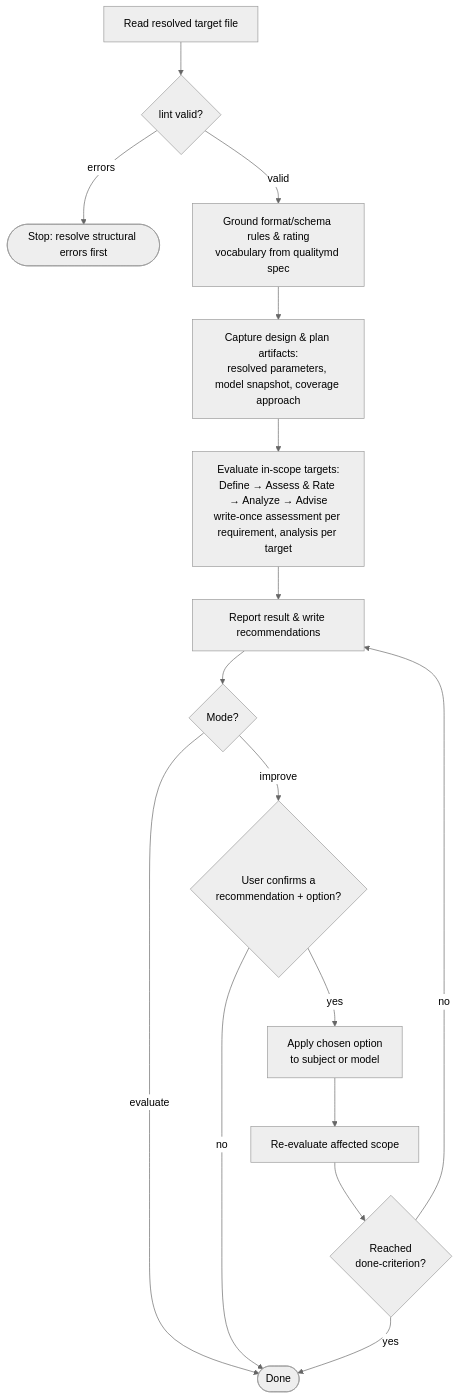
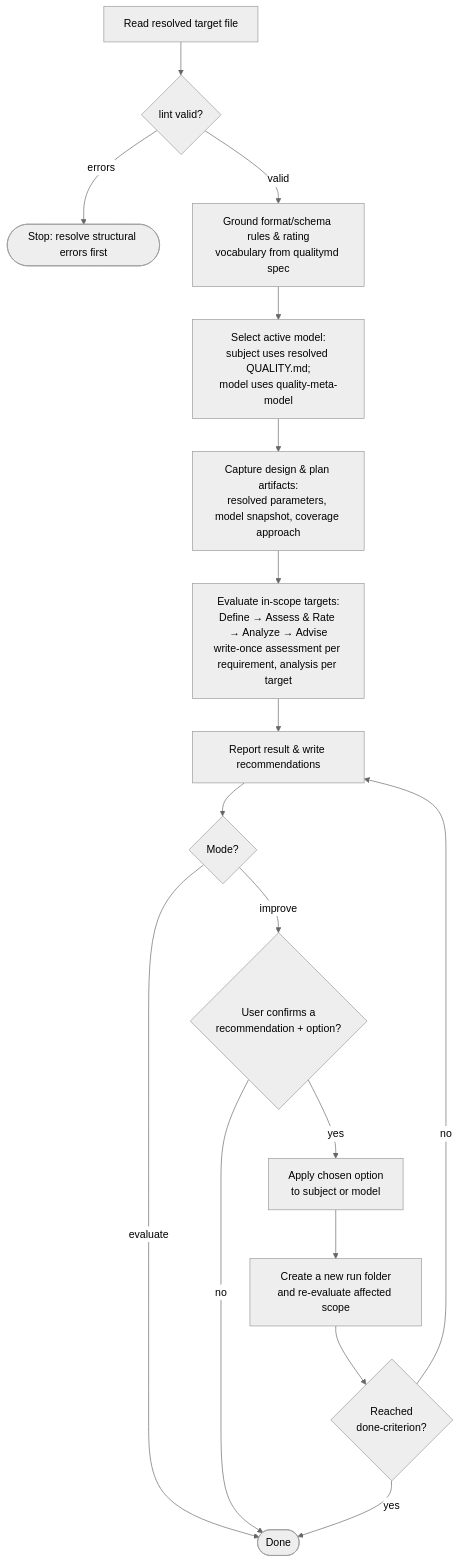
Before and after one commit to qualitymd/quality.md: the diagram in specs/skills/quality-skill/quality-skill.md, drawn with Mermaid (neutral theme). The commit also changed other lines of this file and 49 other files, not shown here.

````diff
--- a/specs/skills/quality-skill/quality-skill.md
+++ b/specs/skills/quality-skill/quality-skill.md
@@ -228,18 +263,19 @@
 ```mermaid
 flowchart TD
     Read[Read resolved target file] --> Lint{lint valid?}
     Lint -->|errors| Stop([Stop: resolve structural errors first])
     Lint -->|valid| Ground[Ground format/schema rules &amp; rating<br/>vocabulary from qualitymd spec]
-    Ground --> Plan[Capture design &amp; plan artifacts:<br/>resolved parameters, model snapshot, coverage approach]
+    Ground --> ActiveModel[Select active model:<br/>subject uses resolved QUALITY.md;<br/>model uses quality-meta-model]
+    ActiveModel --> Plan[Capture design &amp; plan artifacts:<br/>resolved parameters, model snapshot, coverage approach]
     Plan --> Eval[Evaluate in-scope targets:<br/>Define → Assess &amp; Rate → Analyze → Advise<br/>write-once assessment per requirement, analysis per target]
     Eval --> Report[Report result &amp; write recommendations]
     Report --> Mode{Mode?}
     Mode -->|evaluate| Done([Done])
     Mode -->|improve| Confirm{User confirms a<br/>recommendation + option?}
     Confirm -->|no| Done
     Confirm -->|yes| Apply[Apply chosen option<br/>to subject or model]
-    Apply --> ReEval[Re-evaluate affected scope]
+    Apply --> ReEval[Create a new run folder<br/>and re-evaluate affected scope]
     ReEval --> Criterion{Reached<br/>done-criterion?}
     Criterion -->|yes| Done
     Criterion -->|no| Report
 ```
````
